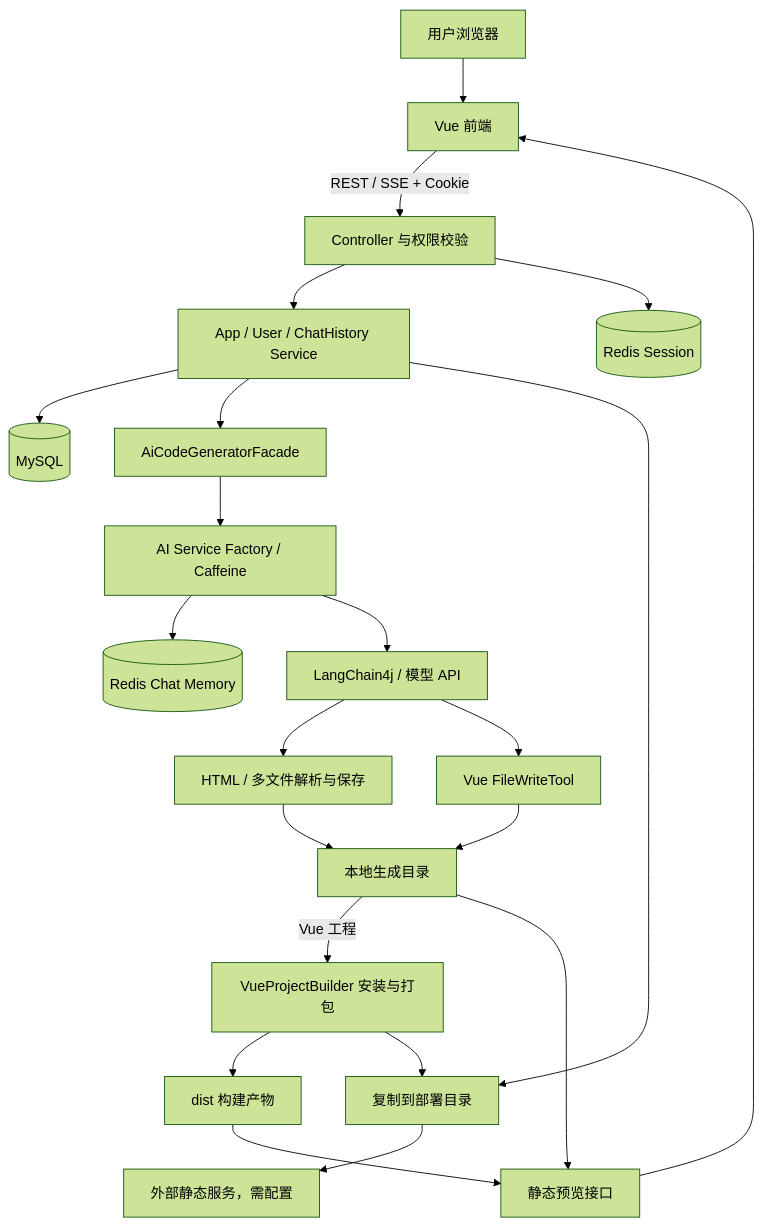
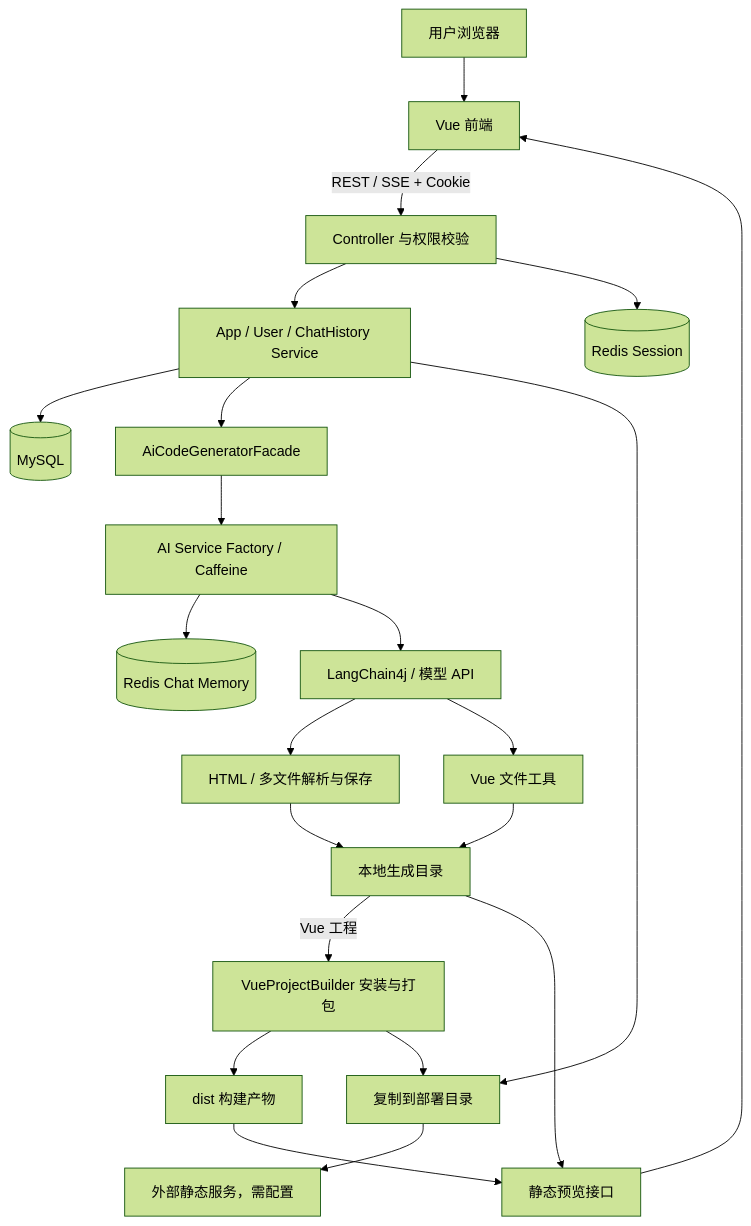
The first of 3 diagrams in docs/solution-design.md (qiuquanhui/hui-ai-code-mother), drawn with Mermaid (forest theme) before and after one commit. The commit also changed other lines of this file and 6 other files, not shown here.

````diff
--- a/docs/solution-design.md
+++ b/docs/solution-design.md
@@ -43,24 +43,24 @@
 ```mermaid
 flowchart TD
     U[用户浏览器] --> V[Vue 前端]
     V -->|REST / SSE + Cookie| C[Controller 与权限校验]
     C --> S[App / User / ChatHistory Service]
     S --> DB[(MySQL)]
     C --> SESSION[(Redis Session)]
     S --> F[AiCodeGeneratorFacade]
     F --> A[AI Service Factory / Caffeine]
     A --> M[(Redis Chat Memory)]
     A --> L[LangChain4j / 模型 API]
     L --> P[HTML / 多文件解析与保存]
-    L --> T[Vue FileWriteTool]
+    L --> T[Vue 文件工具]
     P --> FS[本地生成目录]
     T --> FS
     FS -->|Vue 工程| BUILD[VueProjectBuilder 安装与打包]
     BUILD --> DIST[dist 构建产物]
     DIST --> PREVIEW
     FS --> PREVIEW[静态预览接口]
     PREVIEW --> V
     S --> DEPLOY[复制到部署目录]
     BUILD --> DEPLOY
     DEPLOY --> HOST[外部静态服务，需配置]
 ```
````
